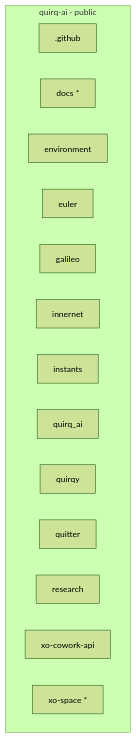
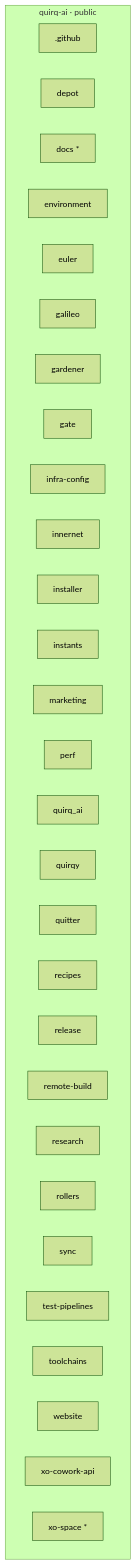
One commit to quirq-ai/wiki changed the first of 4 diagrams in README.md. Above: the diagram before and after it, drawn with Mermaid (forest theme). The commit also changed other lines of this file and 1984 other files, not shown here.

````diff
--- a/README.md
+++ b/README.md
@@ -14,32 +14,62 @@
 ```mermaid
 flowchart LR
   subgraph public["quirq-ai · public"]
     direction LR
     github[".github"]
+    depot["depot"]
     docs["docs *"]
     environment["environment"]
     euler["euler"]
     galileo["galileo"]
+    gardener["gardener"]
+    gate["gate"]
+    infra_config["infra-config"]
     innernet["innernet"]
+    installer["installer"]
     instants["instants"]
+    marketing["marketing"]
+    perf["perf"]
     quirq_ai["quirq_ai"]
     quirqy["quirqy"]
     quitter["quitter"]
+    recipes["recipes"]
+    release["release"]
+    remote_build["remote-build"]
     research["research"]
+    rollers["rollers"]
+    sync["sync"]
+    test_pipelines["test-pipelines"]
+    toolchains["toolchains"]
+    website["website"]
     xo_cowork_api["xo-cowork-api"]
     xo_space["xo-space *"]
   end
   click github "./.github/_index.md"
+  click depot "./depot/_index.md"
   click docs "./docs/_index.md"
   click environment "./environment/_index.md"
   click euler "./euler/_index.md"
   click galileo "./galileo/_index.md"
+  click gardener "./gardener/_index.md"
+  click gate "./gate/_index.md"
+  click infra_config "./infra-config/_index.md"
   click innernet "./innernet/_index.md"
+  click installer "./installer/_index.md"
   click instants "./instants/_index.md"
+  click marketing "./marketing/_index.md"
+  click perf "./perf/_index.md"
   click quirq_ai "./quirq_ai/_index.md"
   click quirqy "./quirqy/_index.md"
   click quitter "./quitter/_index.md"
+  click recipes "./recipes/_index.md"
+  click release "./release/_index.md"
+  click remote_build "./remote-build/_index.md"
   click research "./research/_index.md"
+  click rollers "./rollers/_index.md"
+  click sync "./sync/_index.md"
+  click test_pipelines "./test-pipelines/_index.md"
+  click toolchains "./toolchains/_index.md"
+  click website "./website/_index.md"
   click xo_cowork_api "./xo-cowork-api/_index.md"
   click xo_space "./xo-space/_index.md"
 ```
````
